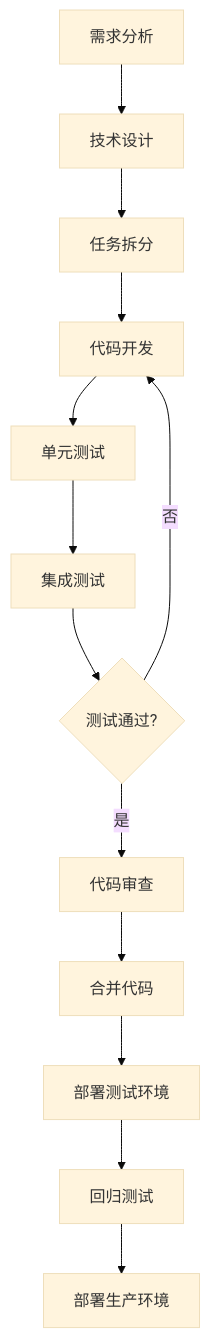
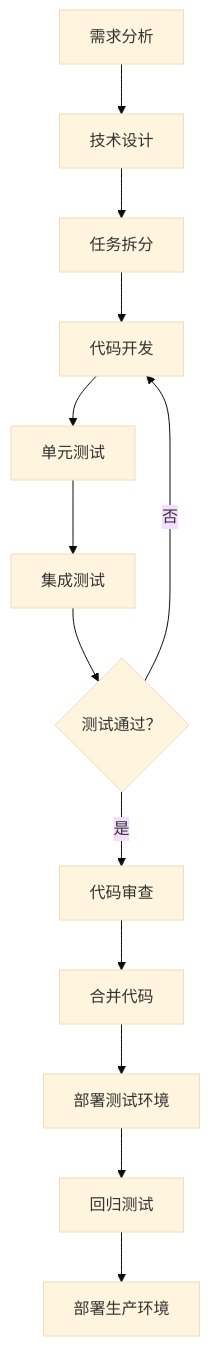
One commit to opc-studios/campus-daze changed the third of 4 diagrams in doc/TECHNICAL_ARCHITECTURE.md. Above: the diagram before and after it, drawn with Mermaid (base theme). The commit also changed other lines of this file and 250 other files, not shown here.

````diff
--- a/doc/TECHNICAL_ARCHITECTURE.md
+++ b/doc/TECHNICAL_ARCHITECTURE.md
@@ -663,15 +888,15 @@
 ```mermaid
 flowchart TD
     A["需求分析"] --> B["技术设计"]
     B --> C["任务拆分"]
     C --> D["代码开发"]
     D --> E["单元测试"]
     E --> F["集成测试"]
-    F --> G{"测试通过?"}
-    G -->|是| H["代码审查"]
-    G -->|否| D
+    F --> G{"测试通过？"}
+    G -->|是 | H["代码审查"]
+    G -->|否 | D
     H --> I["合并代码"]
     I --> J["部署测试环境"]
     J --> K["回归测试"]
     K --> L["部署生产环境"]
 ```
````
